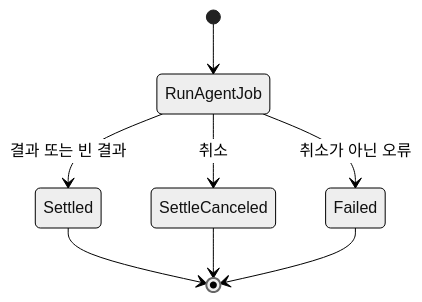
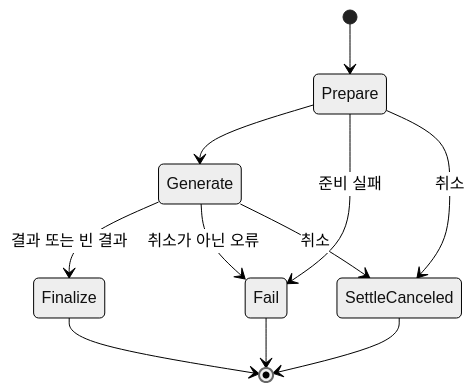
The fourth of 4 diagrams in src/tracer_agent/worker/agents/recipe_scan/README.md (agent-tracer/tracer-agent-python), drawn with Mermaid (neutral theme) before and after one commit. The commit also changed other lines of this file and 4 other files, not shown here.

````diff
--- a/src/tracer_agent/worker/agents/recipe_scan/README.md
+++ b/src/tracer_agent/worker/agents/recipe_scan/README.md
@@ -144,10 +146,13 @@
 ```mermaid
 stateDiagram-v2
-    [*] --> RunAgentJob
-    RunAgentJob --> Settled: 결과 또는 빈 결과
-    RunAgentJob --> SettleCanceled: 취소
-    RunAgentJob --> Failed: 취소가 아닌 오류
-    Settled --> [*]
+    [*] --> Prepare
+    Prepare --> Generate
+    Generate --> Finalize: 결과 또는 빈 결과
+    Prepare --> Fail: 준비 실패
+    Generate --> Fail: 취소가 아닌 오류
+    Prepare --> SettleCanceled: 취소
+    Generate --> SettleCanceled: 취소
+    Finalize --> [*]
+    Fail --> [*]
     SettleCanceled --> [*]
-    Failed --> [*]
 ```
````
